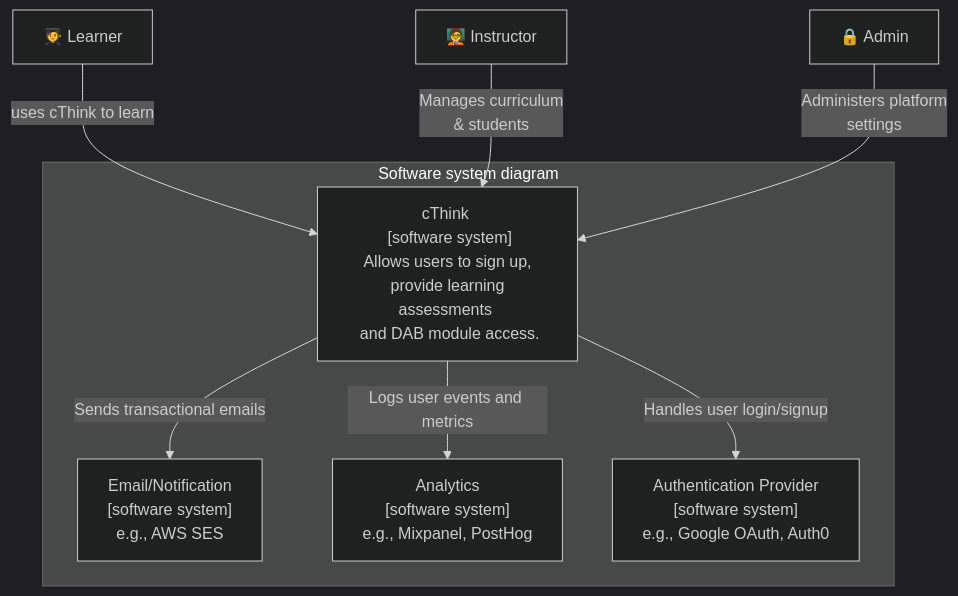
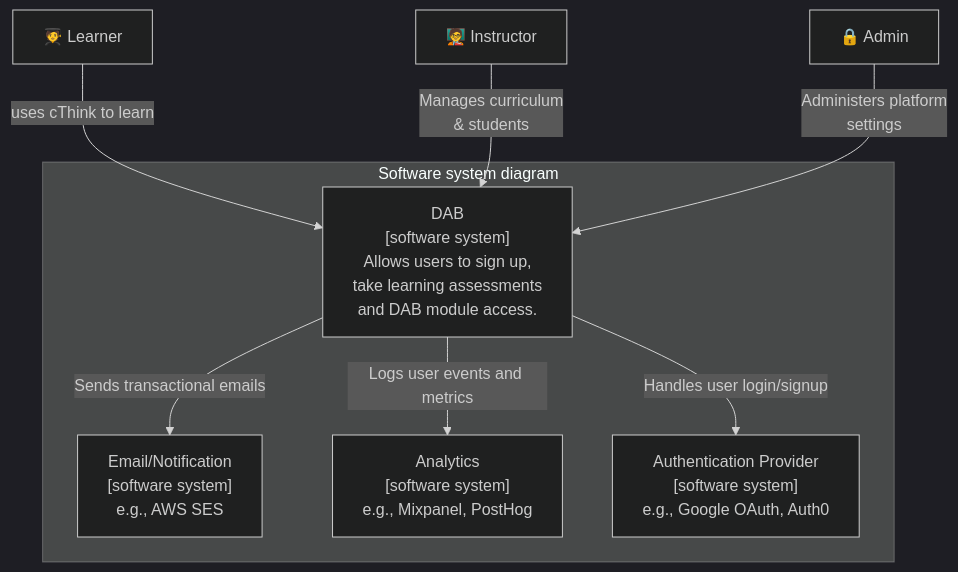
The diagram in docs/architecture.md (heriberto-codes/cThink), drawn with Mermaid (dark theme) before and after one commit. The commit also changed 4 other files, not shown here.

````diff
--- a/docs/architecture.md
+++ b/docs/architecture.md
@@ -3,17 +3,17 @@
 ```mermaid
 graph TD
     L[🧑‍🎓 Learner] -->|uses cThink to learn| C[cThink System]
     I[🧑‍🏫 Instructor] -->|Manages curriculum <br> & students| C
     A[🔒 Admin] -->|Administers platform <br> settings| C
 
     C -->|Sends transactional emails| E[📧 Email/Notification System]
     C -->|Logs user events and metrics| AN[📊 Analytics Platform]
     C -->|Handles user login/signup| AU[🔐 Authentication Provider]
 
     subgraph Software system diagram
-        C["cThink <br> [software system]<br> Allows users to sign up, <br> provide learning assessments <br> and DAB module access."]
+        C["DAB <br> [software system]<br> Allows users to sign up, <br> take learning assessments <br> and DAB module access."]
         E["Email/Notification <br> [software system] <br>e.g., AWS SES"]
         AN["Analytics <br> [software system]<br>e.g., Mixpanel, PostHog"]
         AU["Authentication Provider <br> [software system]<br>e.g., Google OAuth, Auth0"]
     end
 ```
````
